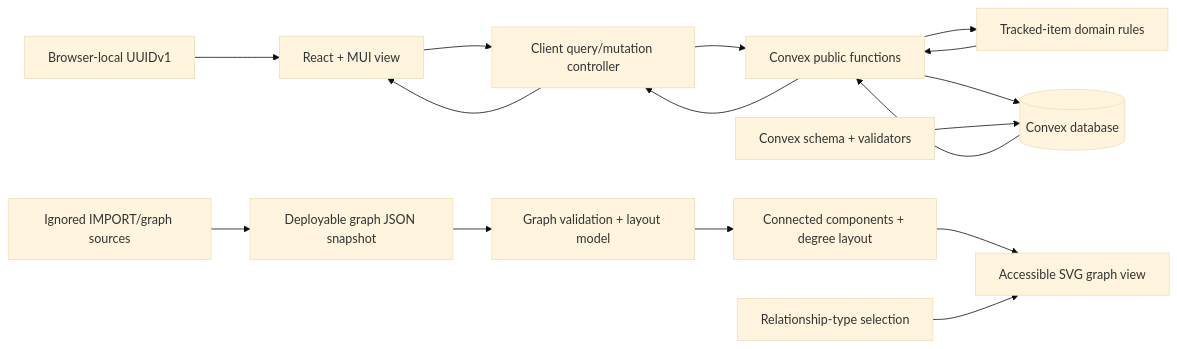
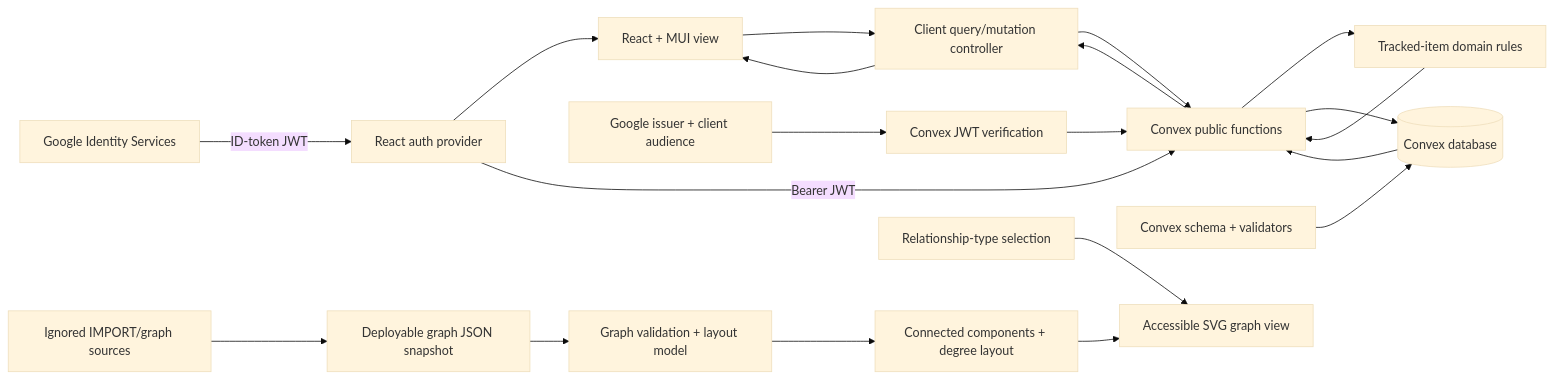
Before and after one commit to johnpfeiffer/myrss: the first of 2 diagrams in architecture.md, drawn with Mermaid (base theme). The commit also changed other lines of this file and 18 other files, not shown here.

Commit message:
add Google SSO oauth functionality, also update the embedded graph data

````diff
--- a/architecture.md
+++ b/architecture.md
@@ -11,16 +11,20 @@
 ```mermaid
 flowchart LR
-    Browser["Browser-local UUIDv1"] --> View["React + MUI view"]
+    Google["Google Identity Services"] -->|"ID-token JWT"| AuthClient["React auth provider"]
+    AuthClient --> View["React + MUI view"]
+    AuthClient -->|"Bearer JWT"| API
     View --> Controller["Client query/mutation controller"]
     Controller --> API["Convex public functions"]
+    AuthConfig["Google issuer + client audience"] --> Verify["Convex JWT verification"]
+    Verify --> API
     API --> Domain["Tracked-item domain rules"]
     API --> DB[("Convex database")]
     Schema["Convex schema + validators"] --> DB
     Domain --> API
     DB --> API --> Controller --> View
     Import["Ignored IMPORT/graph sources"] --> Snapshot["Deployable graph JSON snapshot"]
     Snapshot --> GraphDomain["Graph validation + layout model"]
     GraphDomain --> Layout["Connected components + degree layout"]
     Layout --> GraphView["Accessible SVG graph view"]
     Filters["Relationship-type selection"] --> GraphView
 ```
````
